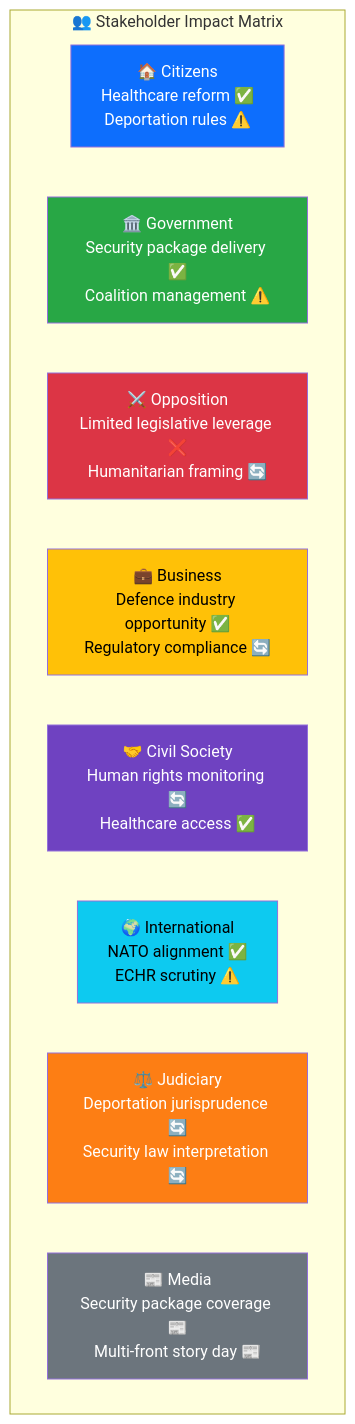
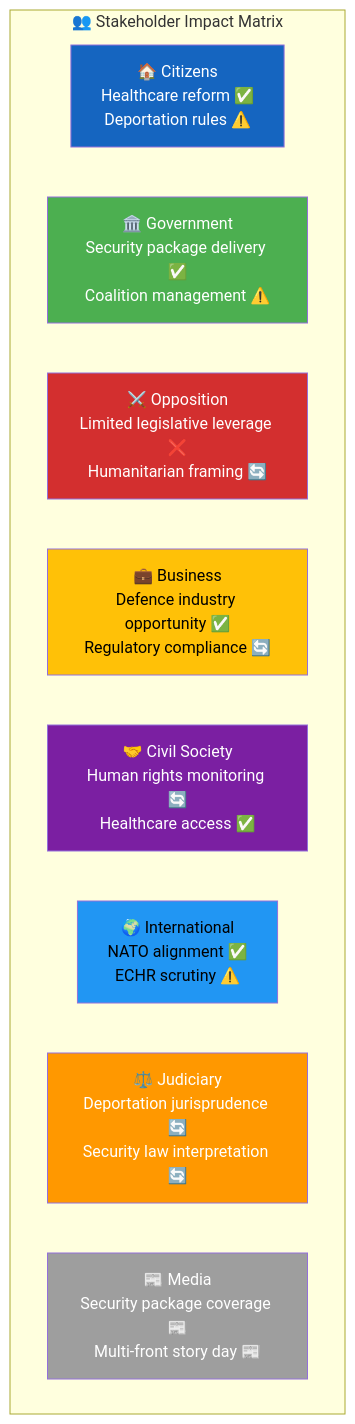
The diagram in analysis/daily/2026-04-01/stakeholder-perspectives.md (Hack23/riksdagsmonitor), drawn with Mermaid before and after one commit. The commit also changed 785 other files, not shown here.

First line of the commit message:
Normalize mermaid colors across 786 analysis artifacts to ISMS Style Guide palette

````diff
--- a/analysis/daily/2026-04-01/stakeholder-perspectives.md
+++ b/analysis/daily/2026-04-01/stakeholder-perspectives.md
@@ -11,22 +11,22 @@
 ```mermaid
 graph TD
     subgraph "👥 Stakeholder Impact Matrix"
         CIT["🏠 Citizens<br/>Healthcare reform ✅<br/>Deportation rules ⚠️"]
         GOV["🏛️ Government<br/>Security package delivery ✅<br/>Coalition management ⚠️"]
         OPP["⚔️ Opposition<br/>Limited legislative leverage ❌<br/>Humanitarian framing 🔄"]
         BUS["💼 Business<br/>Defence industry opportunity ✅<br/>Regulatory compliance 🔄"]
         CIV["🤝 Civil Society<br/>Human rights monitoring 🔄<br/>Healthcare access ✅"]
         INT["🌍 International<br/>NATO alignment ✅<br/>ECHR scrutiny ⚠️"]
         JUD["⚖️ Judiciary<br/>Deportation jurisprudence 🔄<br/>Security law interpretation 🔄"]
         MED["📰 Media<br/>Security package coverage 📰<br/>Multi-front story day 📰"]
     end
 
-    style CIT fill:#0d6efd,color:#fff
-    style GOV fill:#28a745,color:#fff
-    style OPP fill:#dc3545,color:#fff
-    style BUS fill:#ffc107,color:#000
-    style CIV fill:#6f42c1,color:#fff
-    style INT fill:#0dcaf0,color:#000
-    style JUD fill:#fd7e14,color:#fff
-    style MED fill:#6c757d,color:#fff
+    style CIT fill:#1565C0,color:#FFFFFF
+    style GOV fill:#4CAF50,color:#FFFFFF
+    style OPP fill:#D32F2F,color:#FFFFFF
+    style BUS fill:#FFC107,color:#000000
+    style CIV fill:#7B1FA2,color:#FFFFFF
+    style INT fill:#2196F3,color:#000000
+    style JUD fill:#FF9800,color:#FFFFFF
+    style MED fill:#9E9E9E,color:#FFFFFF
 ```
````
